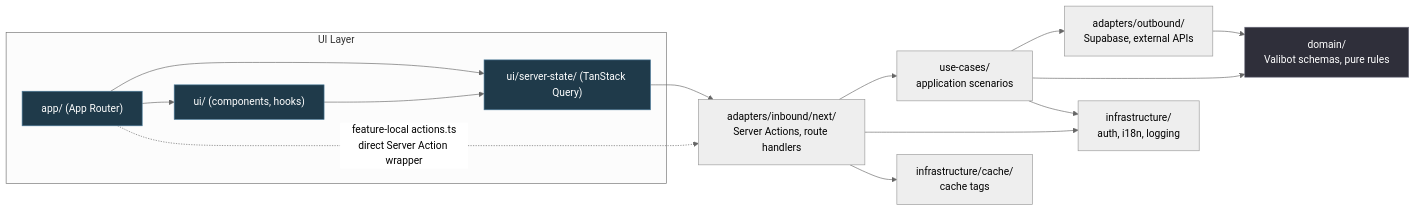
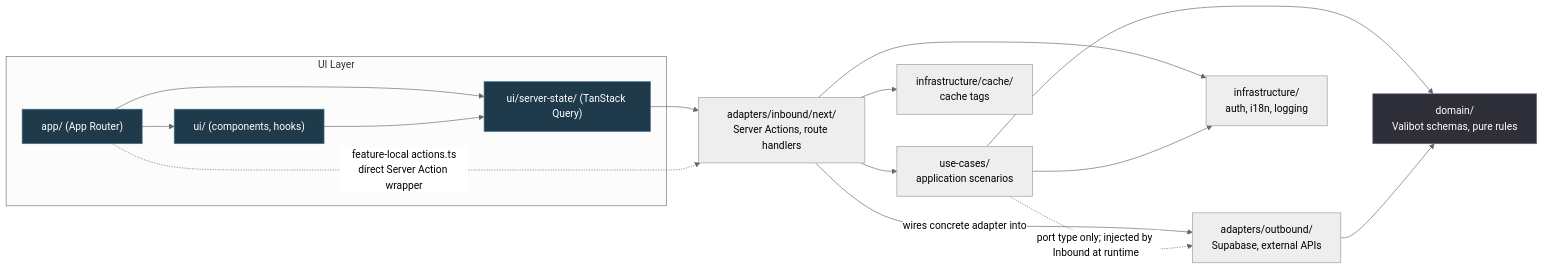
Before and after one commit to clicktronix/fullstack-ai-template: the diagram in wiki/ARCHITECTURE/ARCHITECTURE.md, drawn with Mermaid (neutral theme). The commit also changed other lines of this file and 12 other files, not shown here.

````diff
--- a/wiki/ARCHITECTURE/ARCHITECTURE.md
+++ b/wiki/ARCHITECTURE/ARCHITECTURE.md
@@ -28,33 +28,34 @@
 ```mermaid
 flowchart LR
     subgraph UI["UI Layer"]
         App["app/ (App Router)"]
         UIcmp["ui/ (components, hooks)"]
         ServerState["ui/server-state/ (TanStack Query)"]
     end
 
     Inbound["adapters/inbound/next/<br/>Server Actions, route handlers"]
     UseCases["use-cases/<br/>application scenarios"]
     Outbound["adapters/outbound/<br/>Supabase, external APIs"]
     Domain["domain/<br/>Valibot schemas, pure rules"]
     Infra["infrastructure/<br/>auth, i18n, logging"]
     Cache["infrastructure/cache/<br/>cache tags"]
 
     App --> ServerState
     App --> UIcmp
     UIcmp --> ServerState
     ServerState --> Inbound
     App -.->|feature-local actions.ts<br/>direct Server Action wrapper| Inbound
     Inbound --> UseCases
-    UseCases --> Outbound
+    Inbound -->|wires concrete adapter into| Outbound
+    UseCases -.->|port type only; injected by Inbound at runtime| Outbound
     UseCases --> Domain
     Outbound --> Domain
     Inbound --> Infra
     Inbound --> Cache
     UseCases --> Infra
 
     classDef domain fill:#2f2f3a,stroke:#6a6a7a,color:#fff
     classDef ui fill:#1f3a4a,stroke:#4a7a9a,color:#fff
     class Domain domain
     class App,UIcmp,ServerState ui
 ```
````
